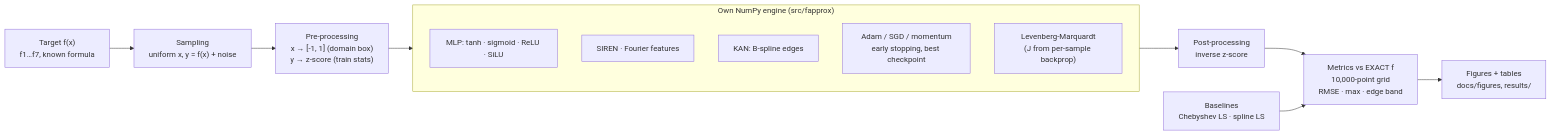
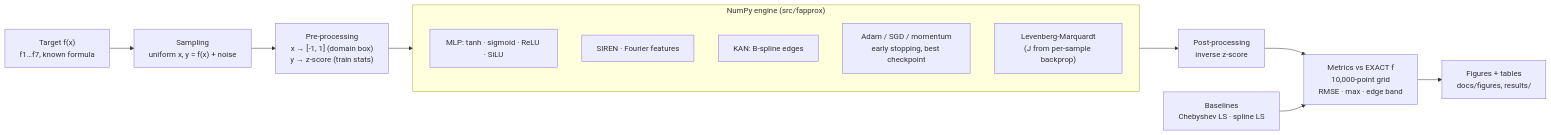
One commit to abhuiyan00/nn-function-approx changed the diagram in README.md. Above: the diagram before and after it, drawn with Mermaid. The commit also changed other lines of this file and 14 other files, not shown here.

````diff
--- a/README.md
+++ b/README.md
@@ -36,18 +173,18 @@
 ```mermaid
 flowchart LR
     F["Target f(x)<br/>f1…f7, known formula"] --> S["Sampling<br/>uniform x, y = f(x) + noise"]
     S --> PRE["Pre-processing<br/>x → [-1, 1] (domain box)<br/>y → z-score (train stats)"]
     PRE --> ENG
-    subgraph ENG["Own NumPy engine (src/fapprox)"]
+    subgraph ENG["NumPy engine (src/fapprox)"]
         direction TB
         M1["MLP: tanh · sigmoid · ReLU · SiLU"]
         M2["SIREN · Fourier features"]
         M3["KAN: B-spline edges"]
         T1["Adam / SGD / momentum<br/>early stopping, best checkpoint"]
         T2["Levenberg-Marquardt<br/>(J from per-sample backprop)"]
     end
     ENG --> POST["Post-processing<br/>inverse z-score"]
     POST --> EVAL["Metrics vs EXACT f<br/>10,000-point grid<br/>RMSE · max · edge band"]
     EVAL --> FIG["Figures + tables<br/>docs/figures, results/"]
     BASE["Baselines<br/>Chebyshev LS · spline LS"] --> EVAL
 ```
````
